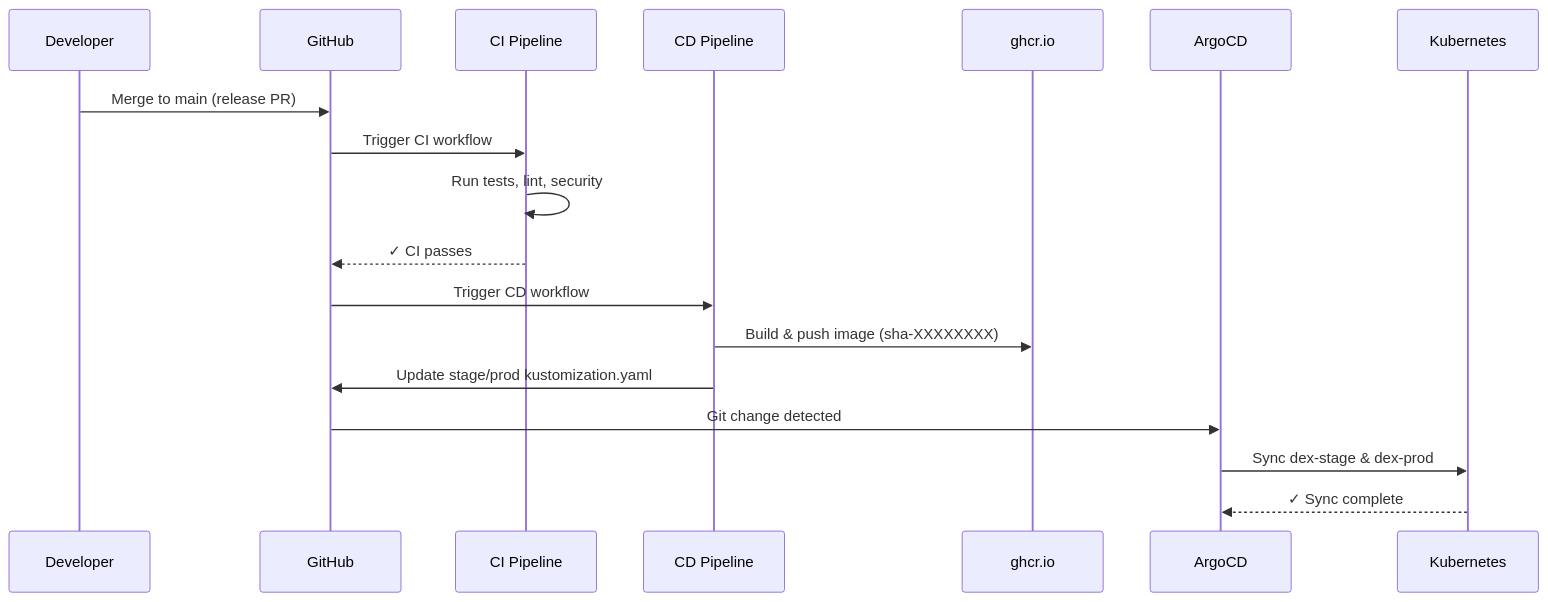
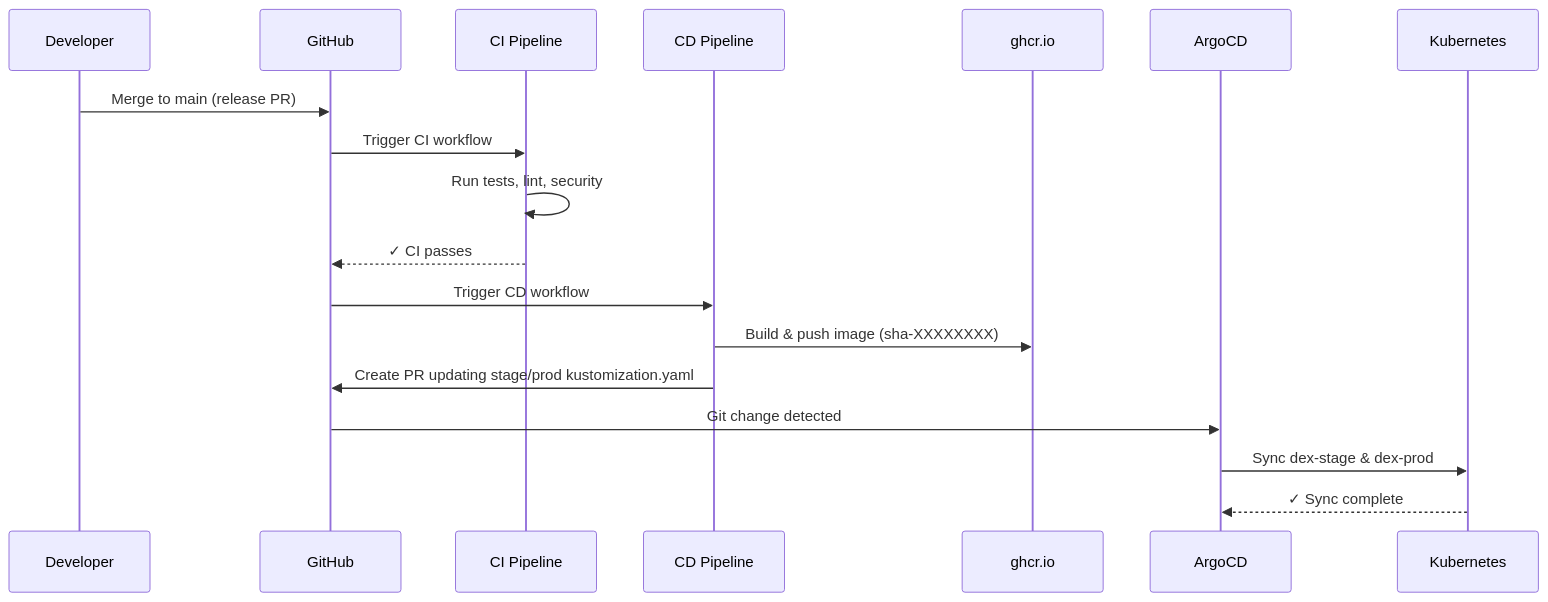
The third of 4 diagrams in docs/CI_CD.md (data-literate/DEX), drawn with Mermaid before and after one commit. The commit also changed other lines of this file and 2 other files, not shown here.

````diff
--- a/docs/CI_CD.md
+++ b/docs/CI_CD.md
@@ -236,21 +236,21 @@
 ```mermaid
 sequenceDiagram
     participant Dev as Developer
     participant GH as GitHub
     participant CI as CI Pipeline
     participant CD as CD Pipeline
     participant GHCR as ghcr.io
     participant Argo as ArgoCD
     participant K8s as Kubernetes
 
     Dev->>GH: Merge to main (release PR)
     GH->>CI: Trigger CI workflow
     CI->>CI: Run tests, lint, security
     CI-->>GH: ✓ CI passes
     GH->>CD: Trigger CD workflow
     CD->>GHCR: Build & push image (sha-XXXXXXXX)
-    CD->>GH: Update stage/prod kustomization.yaml
+    CD->>GH: Create PR updating stage/prod kustomization.yaml
     GH->>Argo: Git change detected
     Argo->>K8s: Sync dex-stage & dex-prod
     K8s-->>Argo: ✓ Sync complete
 ```
````
